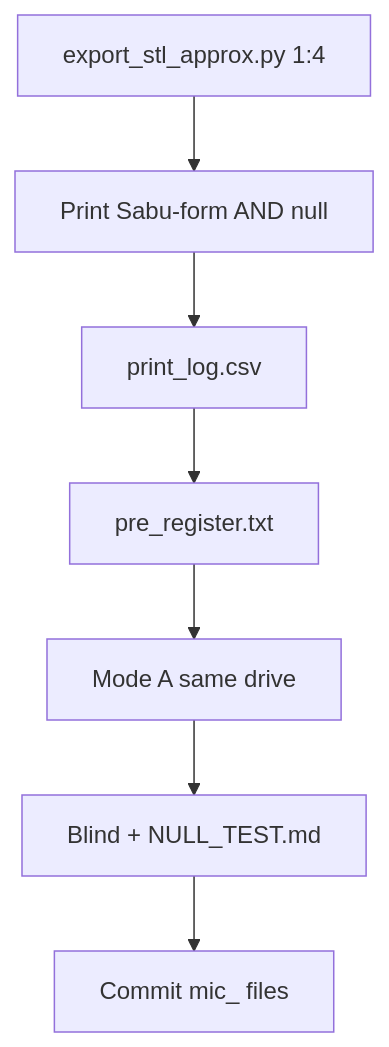
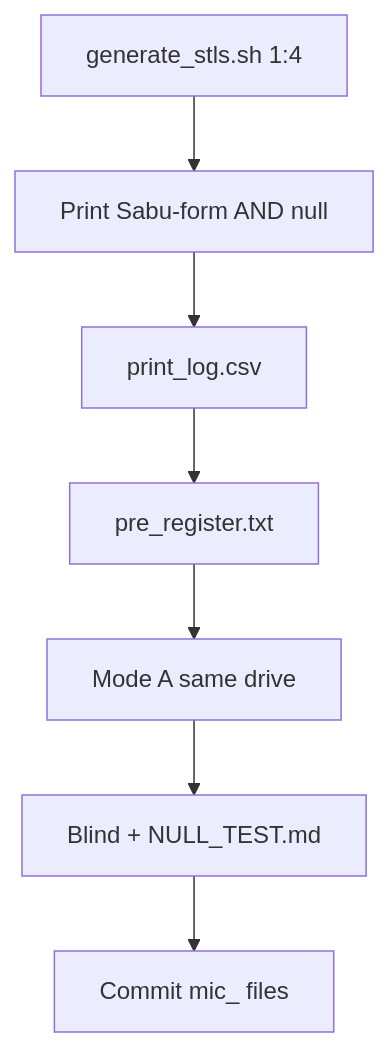
One commit to SunWolf77/sabu-disk-377hz changed the third of 3 diagrams in README.md. Above: the diagram before and after it, drawn with Mermaid. The commit also changed other lines of this file, not shown here.

Commit message:
Point quick start at generate_stls.sh

````diff
--- a/README.md
+++ b/README.md
@@ -124,9 +125,9 @@
 ```mermaid
 flowchart TD
-  S[export_stl_approx.py 1:4] --> P[Print Sabu-form AND null]
+  S[generate_stls.sh 1:4] --> P[Print Sabu-form AND null]
   P --> L[print_log.csv]
   L --> R[pre_register.txt]
   R --> M[Mode A same drive]
   M --> B[Blind + NULL_TEST.md]
   B --> C[Commit mic_ files]
 ```
````
